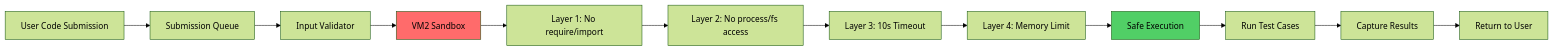
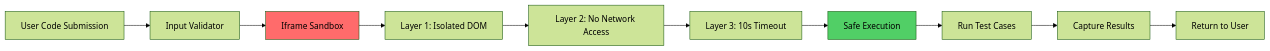
One commit to mihaamiharu/twe changed the sixth of 12 diagrams in docs/app_flows.md. Above: the diagram before and after it, drawn with Mermaid (forest theme). The commit also changed other lines of this file and 5 other files, not shown here.

````diff
--- a/docs/app_flows.md
+++ b/docs/app_flows.md
@@ -206,19 +206,17 @@
 ```mermaid
 graph LR
-    UserCode[User Code Submission] --> Queue[Submission Queue]
-    Queue --> Validator[Input Validator]
-    Validator --> Sandbox[VM2 Sandbox]
+    UserCode[User Code Submission] --> Validator[Input Validator]
+    Validator --> Iframe[Iframe Sandbox]
     
-    Sandbox --> Layer1[Layer 1: No require/import]
-    Layer1 --> Layer2[Layer 2: No process/fs access]
+    Iframe --> Layer1[Layer 1: Isolated DOM]
+    Layer1 --> Layer2[Layer 2: No Network Access]
     Layer2 --> Layer3[Layer 3: 10s Timeout]
-    Layer3 --> Layer4[Layer 4: Memory Limit]
-    Layer4 --> Execution[Safe Execution]
+    Layer3 --> Execution[Safe Execution]
     
     Execution --> TestRunner[Run Test Cases]
     TestRunner --> Results[Capture Results]
     Results --> Response[Return to User]
     
-    style Sandbox fill:#ff6b6b
+    style Iframe fill:#ff6b6b
     style Execution fill:#51cf66
 ```
````
